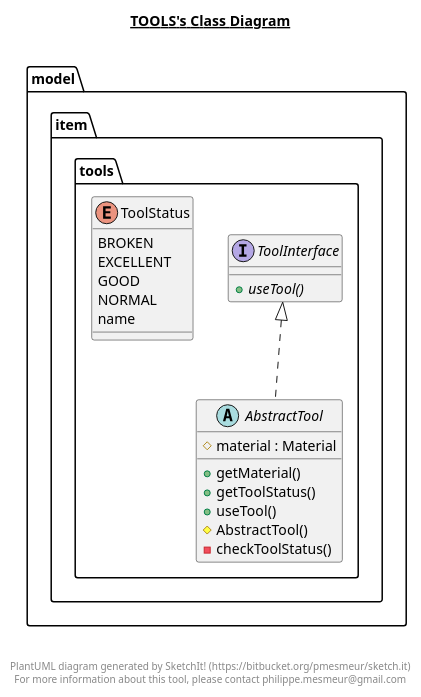
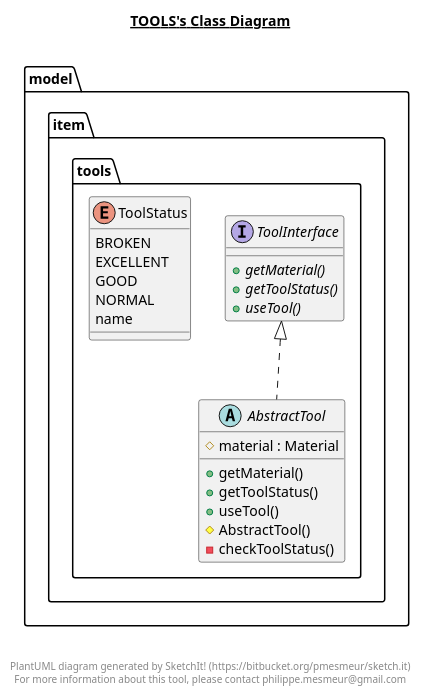
Before and after one commit to itsPinguiz/Progetto_PMO: the diagram in FarmSimulator/src/main/java/model/item/tools/tools.plantuml, drawn with PlantUML. The commit also changed 26 other files, not shown here.

```diff
--- a/FarmSimulator/src/main/java/model/item/tools/tools.plantuml
+++ b/FarmSimulator/src/main/java/model/item/tools/tools.plantuml
@@ -1,59 +1,61 @@
 @startuml
 
 title __TOOLS's Class Diagram__\n
 
   namespace model {
     namespace item {
       namespace tools {
         abstract class model.item.tools.AbstractTool {
             # material : Material
             + getMaterial()
             + getToolStatus()
             + useTool()
             # AbstractTool()
             - checkToolStatus()
         }
       }
     }
   }
   
 
   namespace model {
     namespace item {
       namespace tools {
         enum ToolStatus {
           BROKEN
           EXCELLENT
           GOOD
           NORMAL
           name
         }
       }
     }
   }
   
 
   namespace model {
     namespace item {
       namespace tools {
         interface model.item.tools.ToolInterface {
+            {abstract} + getMaterial()
+            {abstract} + getToolStatus()
             {abstract} + useTool()
         }
       }
     }
   }
   
 
   model.item.tools.AbstractTool .up.|> ToolInterface
   model.item.tools.AbstractTool o-- model.item.tools.AbstractTool.ToolStatus : toolStatus
   model.item.tools.AbstractTool +-down- model.item.tools.AbstractTool.ToolStatus
 
 
 right footer
 
 
 PlantUML diagram generated by SketchIt! (https://bitbucket.org/pmesmeur/sketch.it)
 For more information about this tool, please contact philippe.mesmeur@gmail.com
 endfooter
 
 @enduml
```
